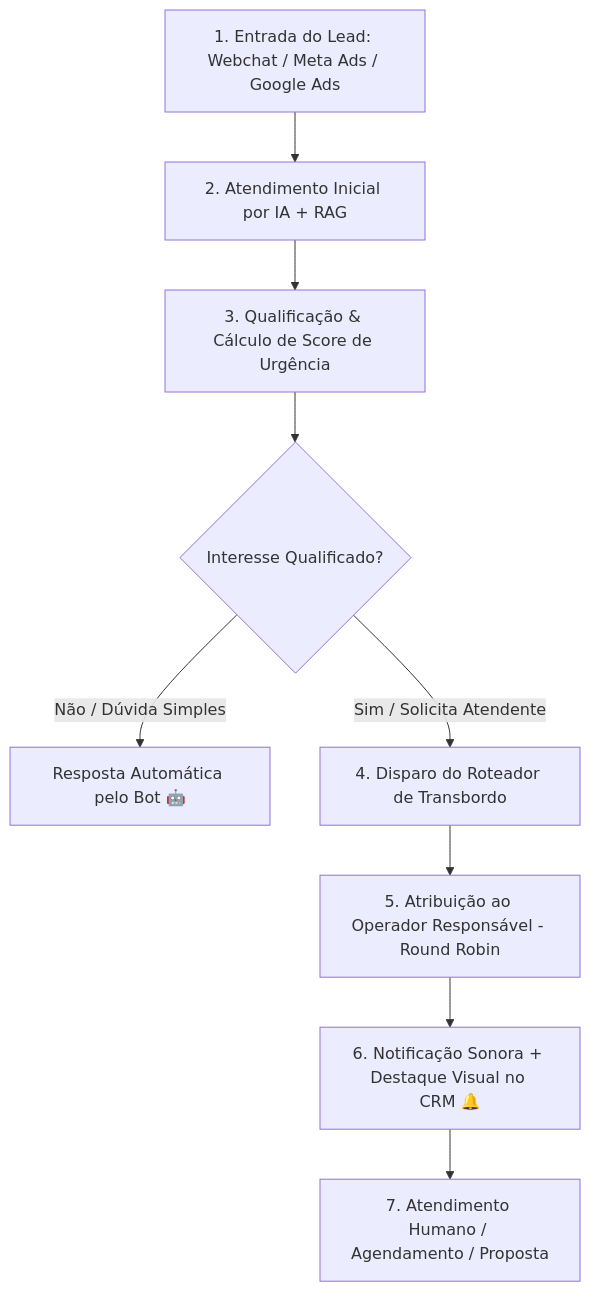
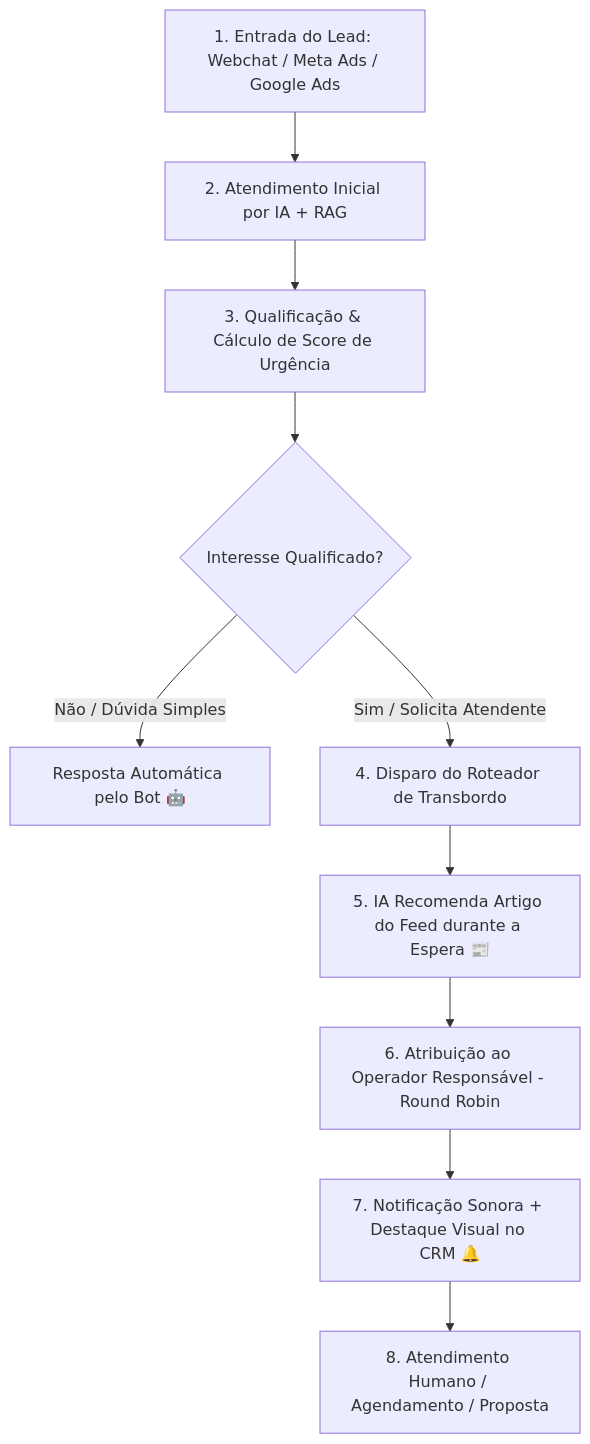
One commit to alexandreseverogh/NetImobiliaria changed the diagram in docs/23_manual_usuario_crm_leads_e_mensageria.md. Above: the diagram before and after it, drawn with Mermaid. The commit also changed other lines of this file and 1 other file, not shown here.

Commit message:
docs: adicionada arquitetura hibrida CRO do Feed (Ticker Sub-Hero + Carrossel Intermediario + Recomendador no Chatbot)

````diff
--- a/docs/23_manual_usuario_crm_leads_e_mensageria.md
+++ b/docs/23_manual_usuario_crm_leads_e_mensageria.md
@@ -11,11 +11,12 @@
 ```mermaid
 graph TD
     A[1. Entrada do Lead: Webchat / Meta Ads / Google Ads] --> B[2. Atendimento Inicial por IA + RAG]
     B --> C[3. Qualificação & Cálculo de Score de Urgência]
     C --> D{Interesse Qualificado?}
     D -- Não / Dúvida Simples --> E[Resposta Automática pelo Bot 🤖]
     D -- Sim / Solicita Atendente --> F[4. Disparo do Roteador de Transbordo]
-    F --> G[5. Atribuição ao Operador Responsável - Round Robin]
-    G --> H[6. Notificação Sonora + Destaque Visual no CRM 🔔]
-    H --> I[7. Atendimento Humano / Agendamento / Proposta]
+    F --> G[5. IA Recomenda Artigo do Feed durante a Espera 📰]
+    G --> H[6. Atribuição ao Operador Responsável - Round Robin]
+    H --> I[7. Notificação Sonora + Destaque Visual no CRM 🔔]
+    I --> J[8. Atendimento Humano / Agendamento / Proposta]
 ```
````
